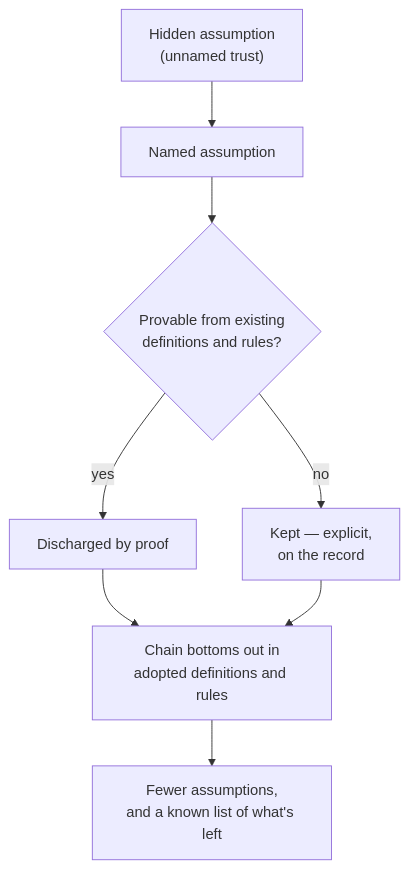
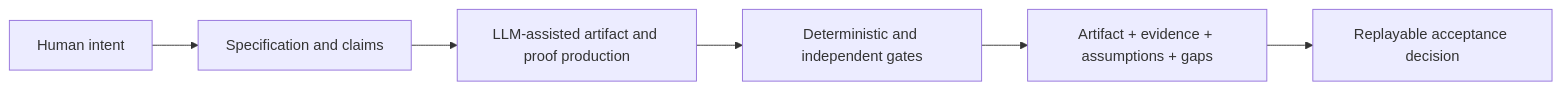
Before and after one commit to ivmat/ivmat: the diagram in pretty_readme.md, drawn with Mermaid. The commit also changed other lines of this file, not shown here.

````diff
--- a/pretty_readme.md
+++ b/pretty_readme.md
@@ -62,10 +46,8 @@
 ```mermaid
-flowchart TD
-    H["Hidden assumption<br/>(unnamed trust)"] --> N["Named assumption"]
-    N --> Q{"Provable from existing<br/>definitions and rules?"}
-    Q -->|yes| P["Discharged by proof"]
-    Q -->|no| E["Kept — explicit,<br/>on the record"]
-    P --> B["Chain bottoms out in<br/>adopted definitions and rules"]
-    E --> B
-    B --> R["Fewer assumptions,<br/>and a known list of what's left"]
+flowchart LR
+    I["Human intent"] --> S["Specification and claims"]
+    S --> P["LLM-assisted artifact and proof production"]
+    P --> G["Deterministic and independent gates"]
+    G --> A["Artifact + evidence + assumptions + gaps"]
+    A --> R["Replayable acceptance decision"]
 ```
````
